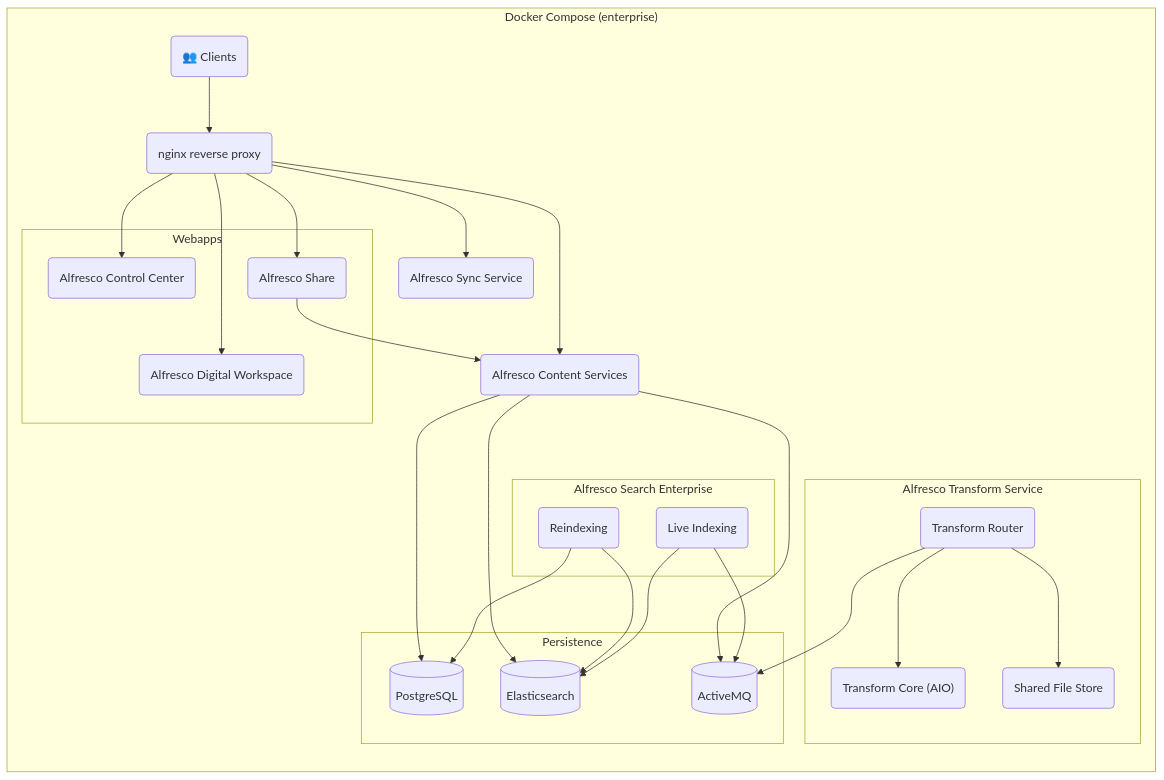
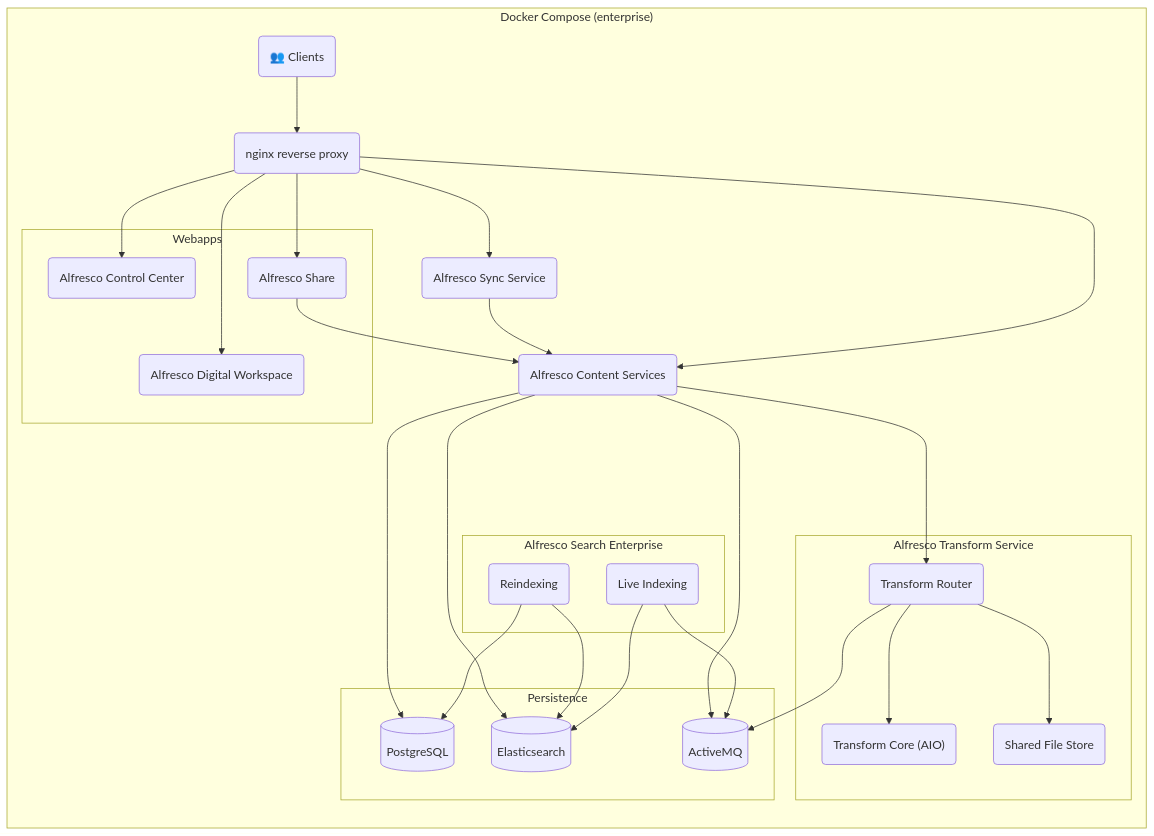
Before and after one commit to Alfresco/acs-deployment: the first of 2 diagrams in docs/docker-compose/README.md, drawn with Mermaid.

Commit message:
apply review suggestions

````diff
--- a/docs/docker-compose/README.md
+++ b/docs/docker-compose/README.md
@@ -8,58 +8,60 @@
 ```mermaid
 graph TB
 
 subgraph "Docker Compose (enterprise)"
   direction TB
   Client("👥 Clients")
   proxy("nginx reverse proxy")
   acs("Alfresco Content Services")
   sync("Alfresco Sync Service")
 
   subgraph "Alfresco Transform Service"
     trouter("Transform Router")
     sfs("Shared File Store")
     tcore("Transform Core (AIO)")
   end
 
   subgraph "Alfresco Search Enterprise"
     aser("Reindexing")
     ase("Live Indexing")
   end
 
   subgraph "Webapps"
     acc("Alfresco Control Center")
     adw("Alfresco Digital Workspace")
     share("Alfresco Share")
   end
 
   subgraph "Persistence"
     psql[("PostgreSQL")]
     es[("Elasticsearch")]
     amq[("ActiveMQ")]
   end
 end
 
 Client --> proxy
 
 proxy --> acc
 proxy --> share
 proxy ---> adw
 proxy --> acs
 proxy --> sync
 
 ase --> es
 ase --> amq
 aser --> psql
 aser --> es
 
 acs ---> es
 acs ---> psql
 acs ---> amq
+acs ---> trouter
 
 trouter --> tcore
 trouter --> sfs
 trouter --> amq
 
 share --> acs
 
+sync --> acs
 ```
````
